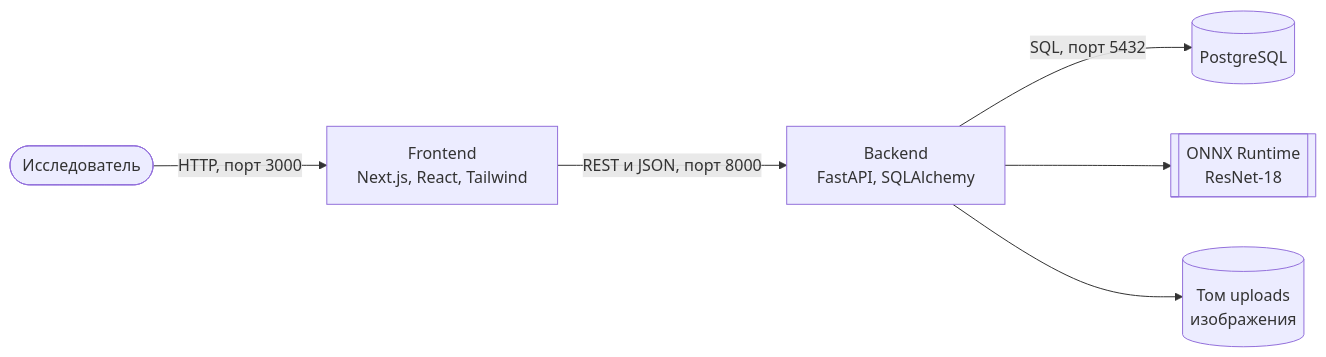
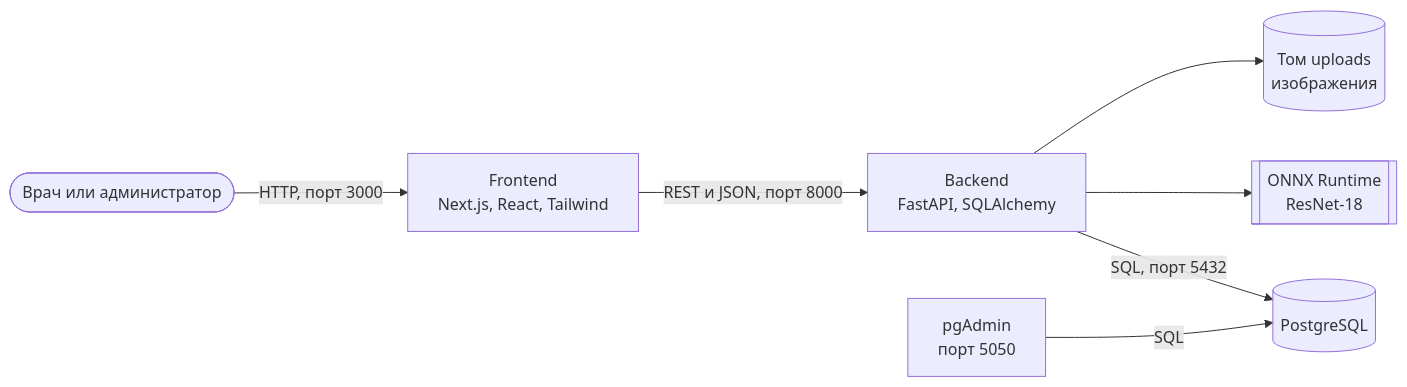
One commit to nurgul-zhumabayeva/mri-brain-tumor-system changed the first of 3 diagrams in docs/architecture.md. Above: the diagram before and after it, drawn with Mermaid. The commit also changed other lines of this file and 41 other files, not shown here.

````diff
--- a/docs/architecture.md
+++ b/docs/architecture.md
@@ -9,8 +9,9 @@
 ```mermaid
 flowchart LR
-    user([Исследователь]) -->|"HTTP, порт 3000"| fe["Frontend<br/>Next.js, React, Tailwind"]
+    user([Врач или администратор]) -->|"HTTP, порт 3000"| fe["Frontend<br/>Next.js, React, Tailwind"]
     fe -->|"REST и JSON, порт 8000"| be["Backend<br/>FastAPI, SQLAlchemy"]
     be -->|"SQL, порт 5432"| db[("PostgreSQL")]
     be --> onnx[["ONNX Runtime<br/>ResNet-18"]]
     be --> vol[("Том uploads<br/>изображения")]
+    pga["pgAdmin<br/>порт 5050"] -->|SQL| db
 ```
````
